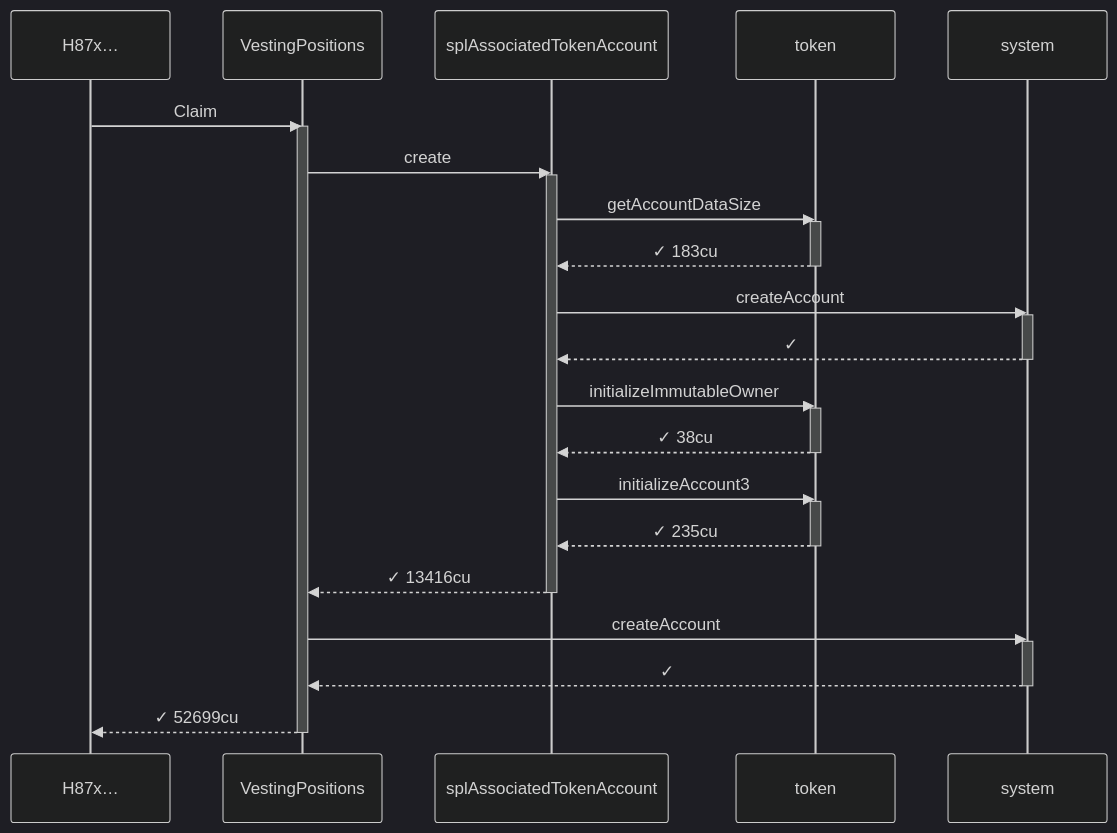
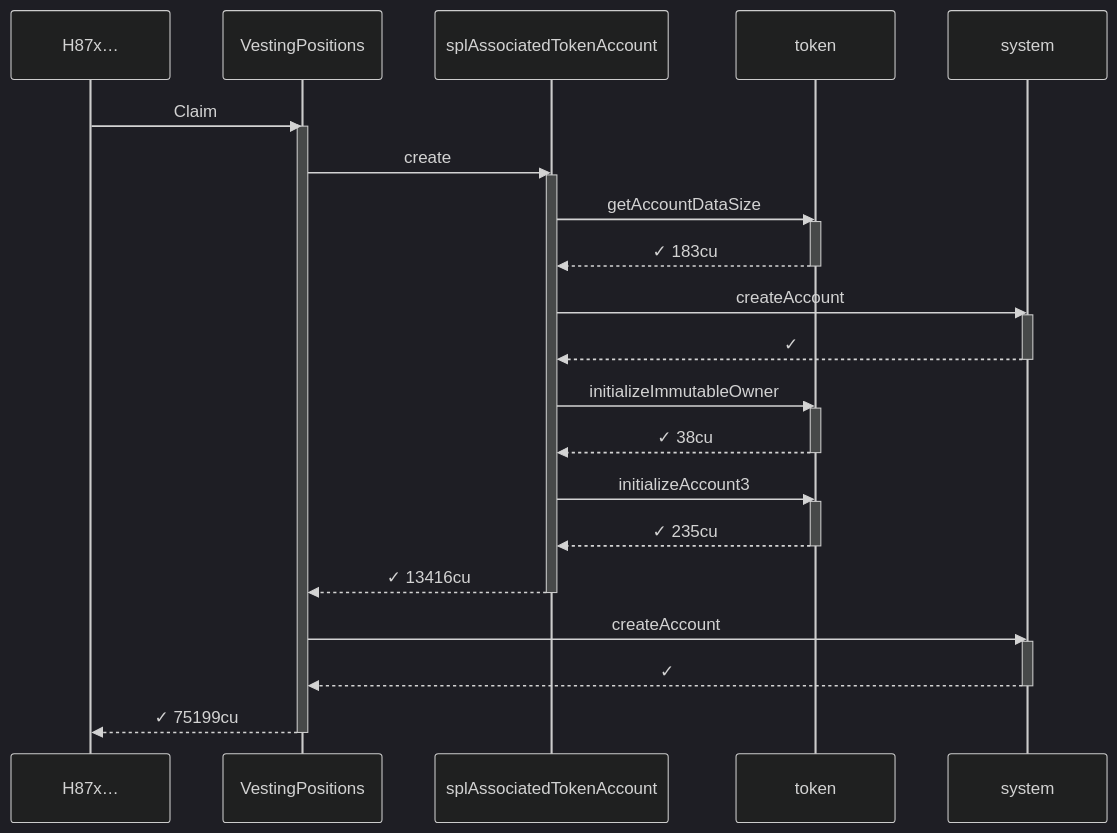
Diagram 13 of 21 in babelfish-tests/test-report/scenario_3_buyback_alice_claims_again.md (cds-turbin3/vesting-position), drawn with Mermaid (dark theme) before and after one commit. The commit also changed other lines of this file and 106 other files, not shown here.

````diff
--- a/babelfish-tests/test-report/scenario_3_buyback_alice_claims_again.md
+++ b/babelfish-tests/test-report/scenario_3_buyback_alice_claims_again.md
@@ -501,36 +520,36 @@
 ```mermaid
 sequenceDiagram
     participant p0 as H87x…
     participant p1 as VestingPositions
     participant p2 as splAssociatedTokenAccount
     participant p3 as token
     participant p4 as system
     p0->>p1: Claim
     activate p1
     p1->>p2: create
     activate p2
     p2->>p3: getAccountDataSize
     activate p3
     p3-->>p2: ✓ 183cu
     deactivate p3
     p2->>p4: createAccount
     activate p4
     p4-->>p2: ✓
     deactivate p4
     p2->>p3: initializeImmutableOwner
     activate p3
     p3-->>p2: ✓ 38cu
     deactivate p3
     p2->>p3: initializeAccount3
     activate p3
     p3-->>p2: ✓ 235cu
     deactivate p3
     p2-->>p1: ✓ 13416cu
     deactivate p2
     p1->>p4: createAccount
     activate p4
     p4-->>p1: ✓
     deactivate p4
-    p1-->>p0: ✓ 52699cu
+    p1-->>p0: ✓ 75199cu
     deactivate p1
 ```
````
